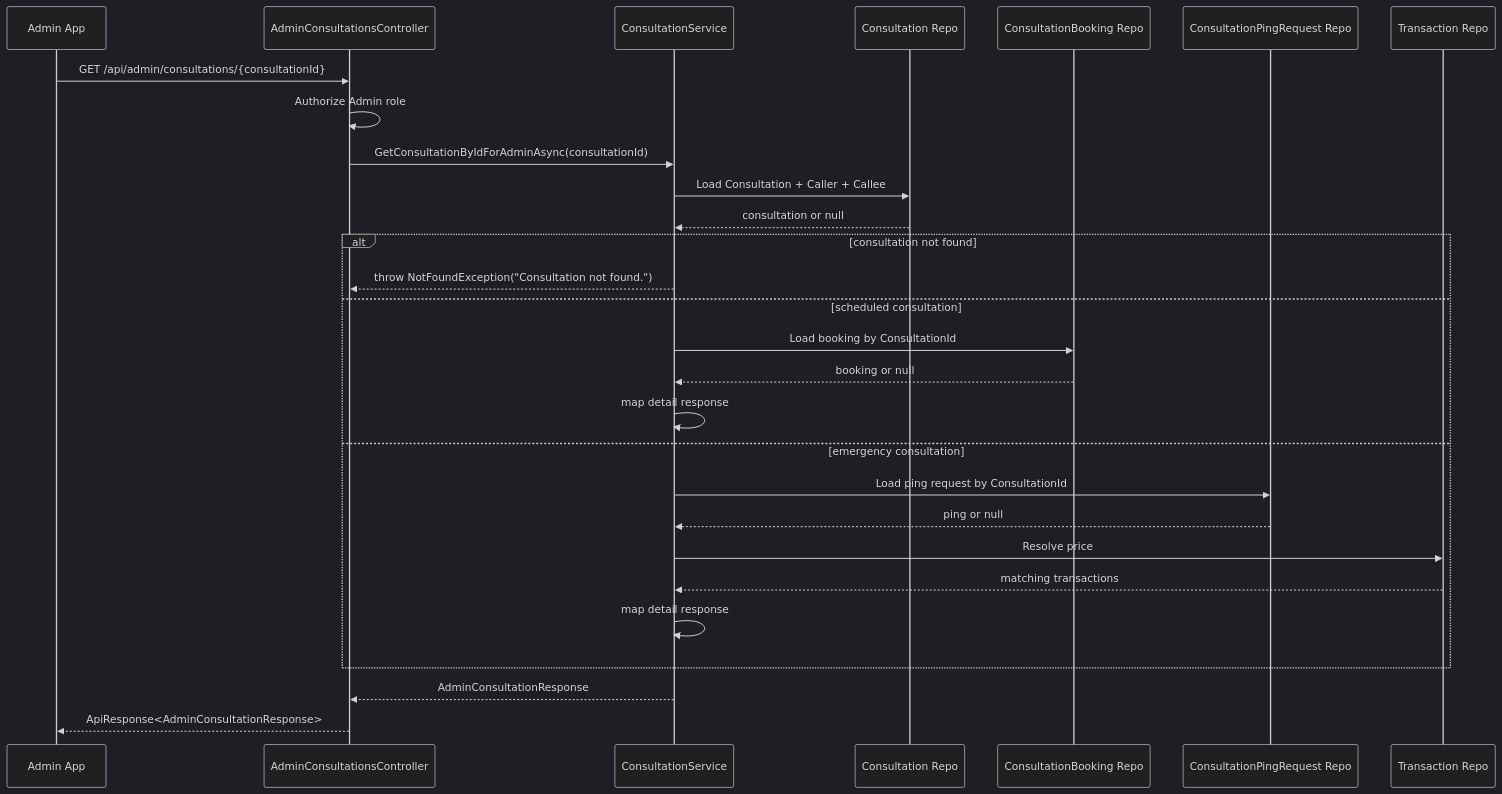
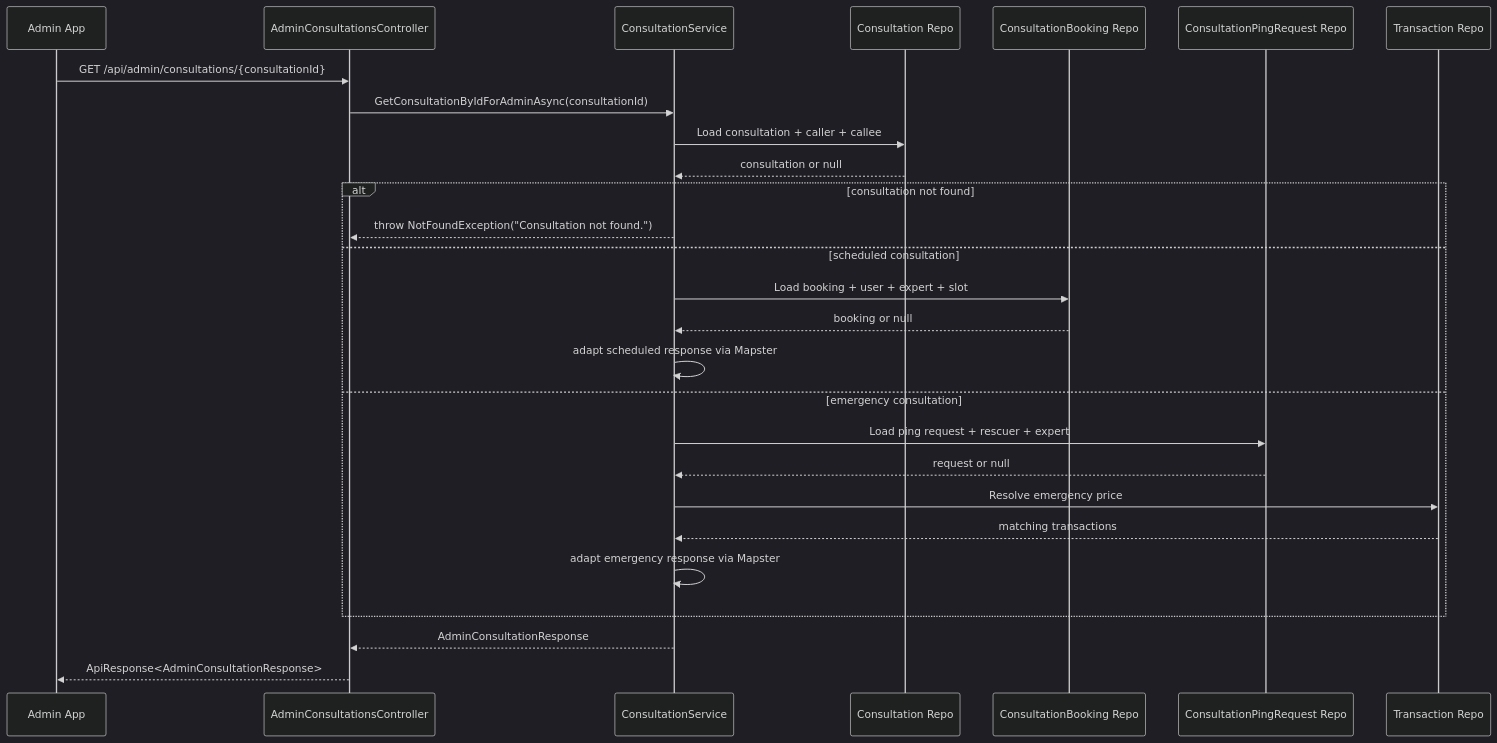
The third of 3 diagrams in Docs/05-Backend/02-layers/admin-consultation-history/admin-consultation-history.sourcecode.md (Snake-AID/SnakeAid.Docs), drawn with Mermaid (dark theme) before and after one commit. The commit also changed other lines of this file and 3 other files, not shown here.

First line of the commit message:
Update admin consultation history documentation and implementation details

````diff
--- a/Docs/05-Backend/02-layers/admin-consultation-history/admin-consultation-history.sourcecode.md
+++ b/Docs/05-Backend/02-layers/admin-consultation-history/admin-consultation-history.sourcecode.md
@@ -280,33 +223,32 @@
 ```mermaid
 sequenceDiagram
     participant AdminApp as Admin App
     participant Controller as AdminConsultationsController
     participant Service as ConsultationService
     participant ConsultationRepo as Consultation Repo
     participant BookingRepo as ConsultationBooking Repo
     participant PingRepo as ConsultationPingRequest Repo
     participant TxRepo as Transaction Repo
 
     AdminApp->>Controller: GET /api/admin/consultations/{consultationId}
-    Controller->>Controller: Authorize Admin role
     Controller->>Service: GetConsultationByIdForAdminAsync(consultationId)
-    Service->>ConsultationRepo: Load Consultation + Caller + Callee
+    Service->>ConsultationRepo: Load consultation + caller + callee
     ConsultationRepo-->>Service: consultation or null
 
     alt consultation not found
         Service-->>Controller: throw NotFoundException("Consultation not found.")
     else scheduled consultation
-        Service->>BookingRepo: Load booking by ConsultationId
+        Service->>BookingRepo: Load booking + user + expert + slot
         BookingRepo-->>Service: booking or null
-        Service->>Service: map detail response
+        Service->>Service: adapt scheduled response via Mapster
     else emergency consultation
-        Service->>PingRepo: Load ping request by ConsultationId
-        PingRepo-->>Service: ping or null
-        Service->>TxRepo: Resolve price
+        Service->>PingRepo: Load ping request + rescuer + expert
+        PingRepo-->>Service: request or null
+        Service->>TxRepo: Resolve emergency price
         TxRepo-->>Service: matching transactions
-        Service->>Service: map detail response
+        Service->>Service: adapt emergency response via Mapster
     end
 
     Service-->>Controller: AdminConsultationResponse
     Controller-->>AdminApp: ApiResponse<AdminConsultationResponse>
 ```
````
